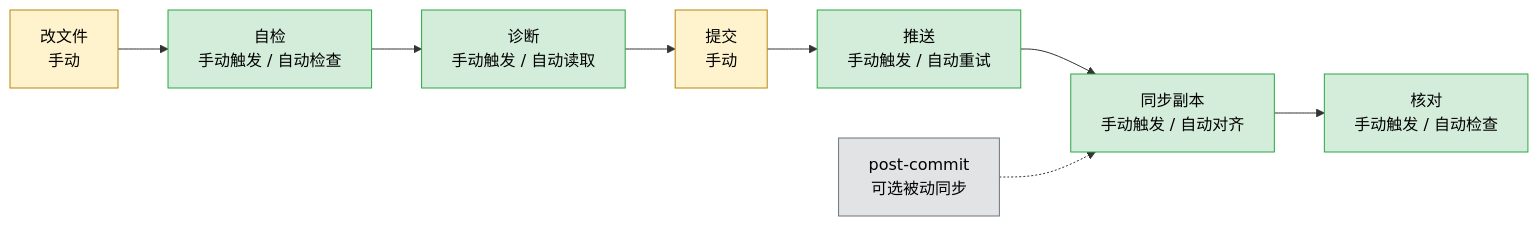
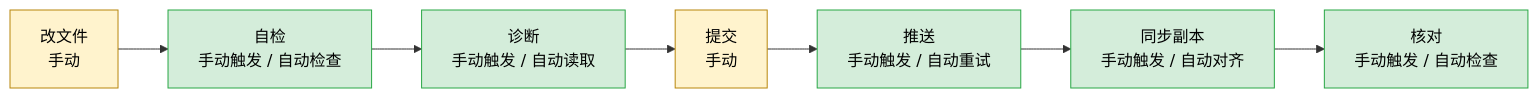
One commit to Lizardon386/multi-agent-task-handoff changed the third of 3 diagrams in handoff/DESIGN.md. Above: the diagram before and after it, drawn with Mermaid. The commit also changed other lines of this file and 9 other files, not shown here.

Commit message:
refactor: 删除未启用的 post-commit 钩子

````diff
--- a/handoff/DESIGN.md
+++ b/handoff/DESIGN.md
@@ -236,16 +235,13 @@
 ```mermaid
 flowchart LR
   A[改文件<br/>手动] --> B[自检<br/>手动触发 / 自动检查]
   B --> C[诊断<br/>手动触发 / 自动读取]
   C --> D[提交<br/>手动]
   D --> E[推送<br/>手动触发 / 自动重试]
   E --> F[同步副本<br/>手动触发 / 自动对齐]
   F --> G[核对<br/>手动触发 / 自动检查]
-  H[post-commit<br/>可选被动同步] -.-> F
   classDef manual fill:#fff3cd,stroke:#b8860b,color:#000
   classDef hybrid fill:#d4edda,stroke:#28a745,color:#000
-  classDef optional fill:#e2e3e5,stroke:#6c757d,color:#000
   class A,D manual
   class B,C,E,F,G hybrid
-  class H optional
 ```
````
